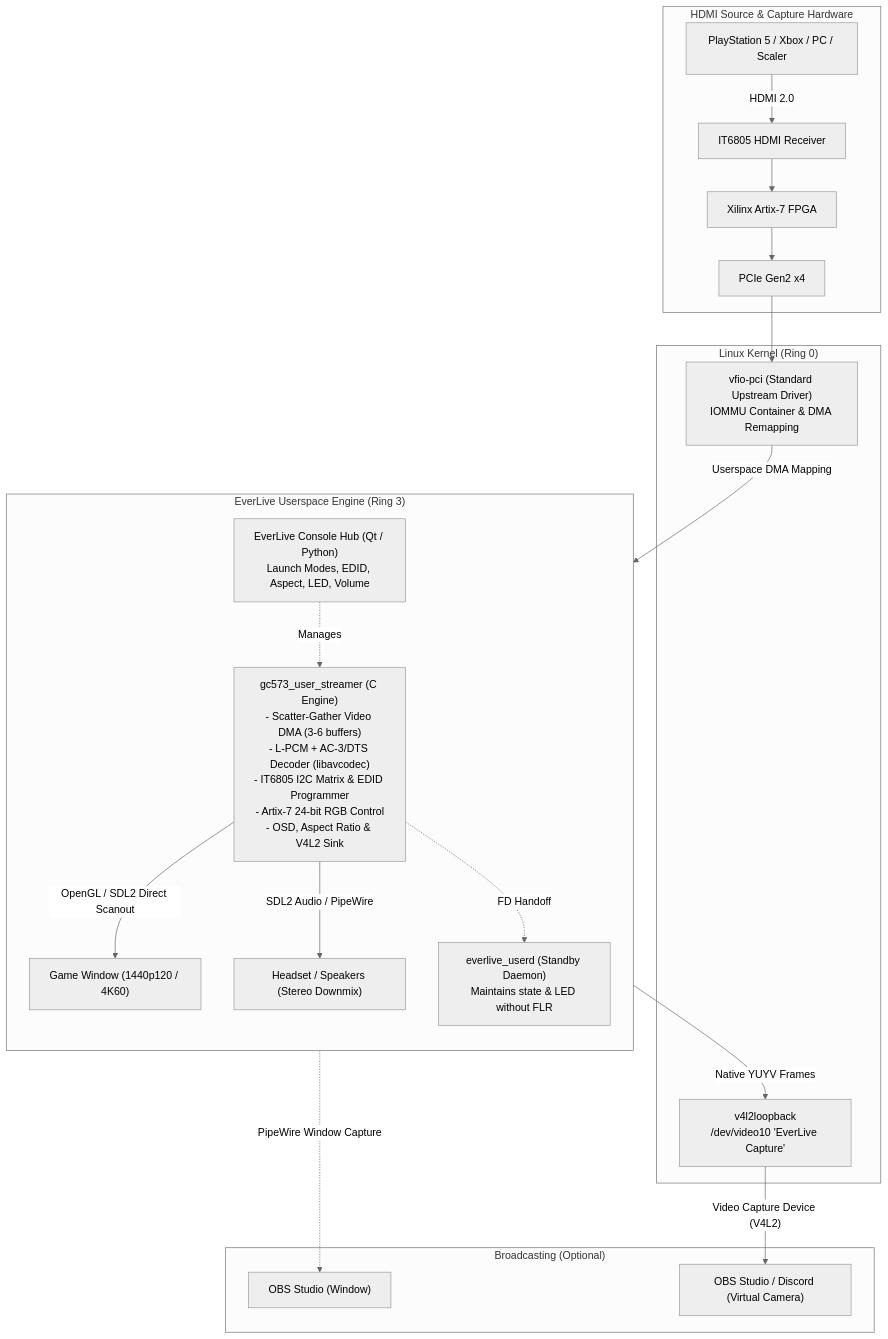
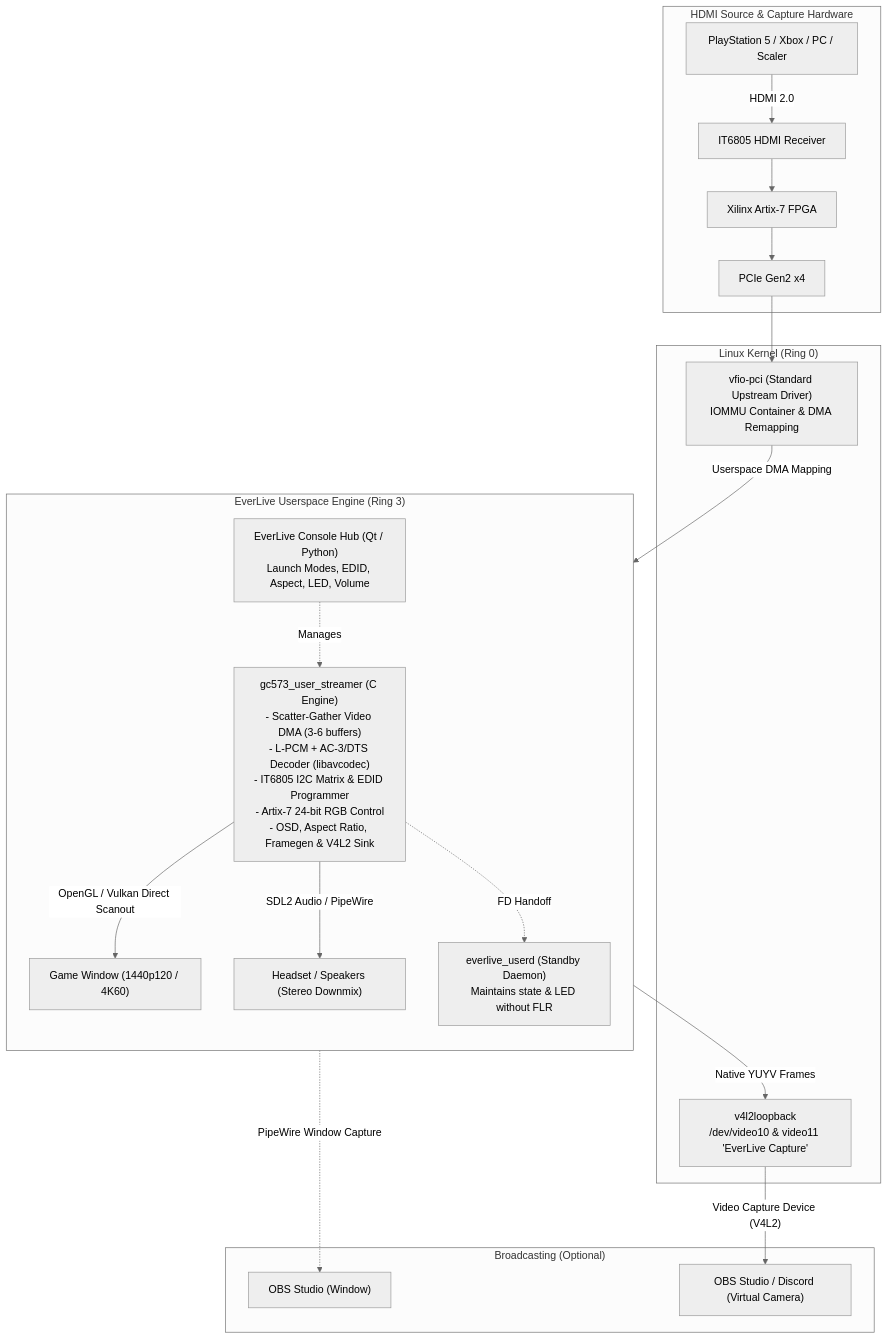
Before and after one commit to Everlite/EverLive: the diagram in README.md, drawn with Mermaid (neutral theme). The commit also changed other lines of this file and 13 other files, not shown here.

````diff
--- a/README.md
+++ b/README.md
@@ -291,31 +295,31 @@
 ```mermaid
 flowchart TD
   subgraph Hardware["HDMI Source & Capture Hardware"]
     source["PlayStation 5 / Xbox / PC / Scaler"] -->|HDMI 2.0| it6805["IT6805 HDMI Receiver"]
     it6805 --> fpga["Xilinx Artix-7 FPGA"]
     fpga --> pcie["PCIe Gen2 x4"]
   end
 
   subgraph Kernel["Linux Kernel (Ring 0)"]
     vfio["vfio-pci (Standard Upstream Driver)<br/>IOMMU Container & DMA Remapping"]
-    v4l2dev["v4l2loopback<br/>/dev/video10 'EverLive Capture'"]
+    v4l2dev["v4l2loopback<br/>/dev/video10 & video11 'EverLive Capture'"]
     pcie --> vfio
   end
 
   subgraph Userspace["EverLive Userspace Engine (Ring 3)"]
     direction TB
-    vfio -->|"Userspace DMA Mapping"| streamer["gc573_user_streamer (C Engine)<br/>- Scatter-Gather Video DMA (3-6 buffers)<br/>- L-PCM + AC-3/DTS Decoder (libavcodec)<br/>- IT6805 I2C Matrix & EDID Programmer<br/>- Artix-7 24-bit RGB Control<br/>- OSD, Aspect Ratio & V4L2 Sink"]
+    vfio -->|"Userspace DMA Mapping"| streamer["gc573_user_streamer (C Engine)<br/>- Scatter-Gather Video DMA (3-6 buffers)<br/>- L-PCM + AC-3/DTS Decoder (libavcodec)<br/>- IT6805 I2C Matrix & EDID Programmer<br/>- Artix-7 24-bit RGB Control<br/>- OSD, Aspect Ratio, Framegen & V4L2 Sink"]
     
-    streamer -->|"OpenGL / SDL2 Direct Scanout"| window["Game Window (1440p120 / 4K60)"]
+    streamer -->|"OpenGL / Vulkan Direct Scanout"| window["Game Window (1440p120 / 4K60)"]
     streamer -->|"Native YUYV Frames"| v4l2dev
     streamer -->|"SDL2 Audio / PipeWire"| audio["Headset / Speakers (Stereo Downmix)"]
 
     gui["EverLive Console Hub (Qt / Python)<br/>Launch Modes, EDID, Aspect, LED, Volume"] -.->|Manages| streamer
     streamer -.->|"FD Handoff"| daemon["everlive_userd (Standby Daemon)<br/>Maintains state & LED without FLR"]
   end
 
   subgraph OBS["Broadcasting (Optional)"]
     window -.->|"PipeWire Window Capture"| obspw["OBS Studio (Window)"]
     v4l2dev -->|"Video Capture Device (V4L2)"| obsv4l2["OBS Studio / Discord (Virtual Camera)"]
   end
 ```
````
